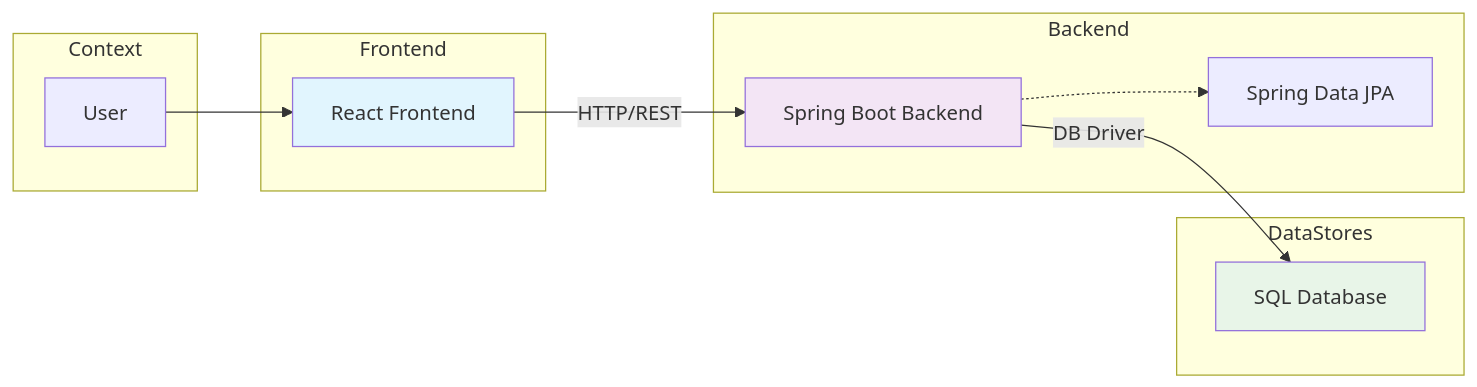
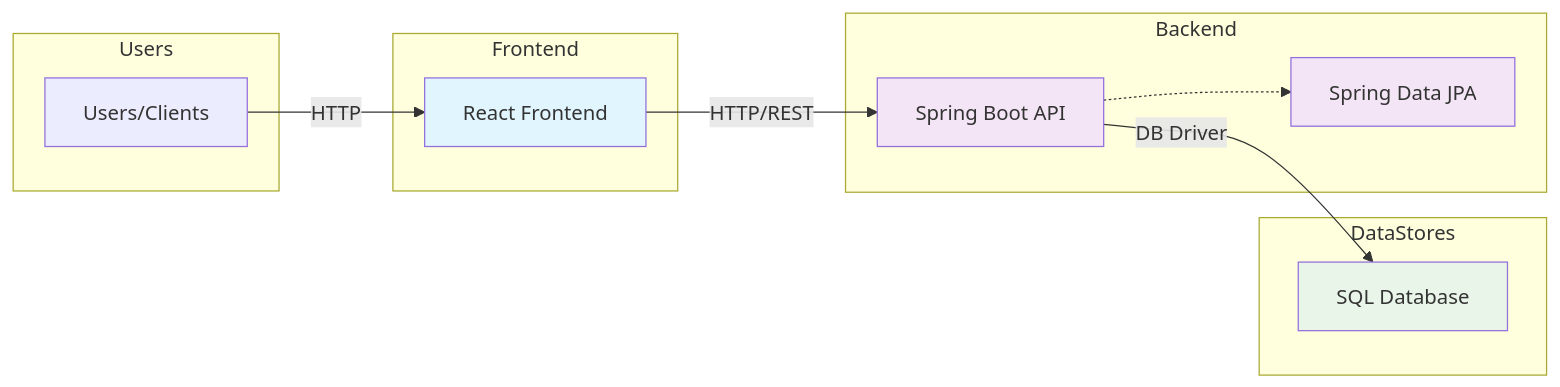
Before and after one commit to Automaxx/Offxd: the diagram in ARCHITECTURE.md, drawn with Mermaid.

Commit message:
Add/Update ARCHITECTURE.md via AutoGitPilot Architecture Diagram Generator

````diff
--- a/ARCHITECTURE.md
+++ b/ARCHITECTURE.md
@@ -5,27 +5,28 @@
 ```mermaid
 graph LR
-    subgraph Context
-        User["User"]
+    subgraph Users
+        User["Users/Clients"]
     end
-    
+
     subgraph Frontend
         ReactApp["React Frontend"]
         style ReactApp fill:#e1f5fe
     end
 
     subgraph Backend
-        SpringBootApp["Spring Boot Backend"]
-        style SpringBootApp fill:#f3e5f5
+        SpringBootAPI["Spring Boot API"]
+        style SpringBootAPI fill:#f3e5f5
         SpringDataJPA["Spring Data JPA"]
+        style SpringDataJPA fill:#f3e5f5
     end
 
     subgraph DataStores
         Database["SQL Database"]
         style Database fill:#e8f5e8
     end
 
-    User --> ReactApp
-    ReactApp -->|HTTP/REST| SpringBootApp
-    SpringBootApp -->|DB Driver| Database
-    SpringBootApp -.-> SpringDataJPA
+    User -->|HTTP| ReactApp
+    ReactApp -->|HTTP/REST| SpringBootAPI
+    SpringBootAPI -->|DB Driver| Database
+    SpringBootAPI -.-> SpringDataJPA
 ```
````
